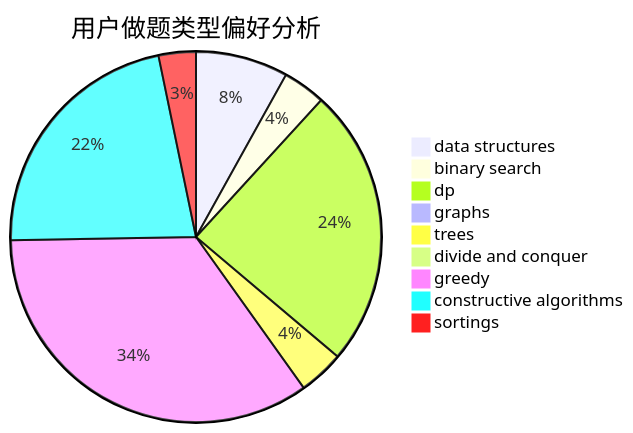
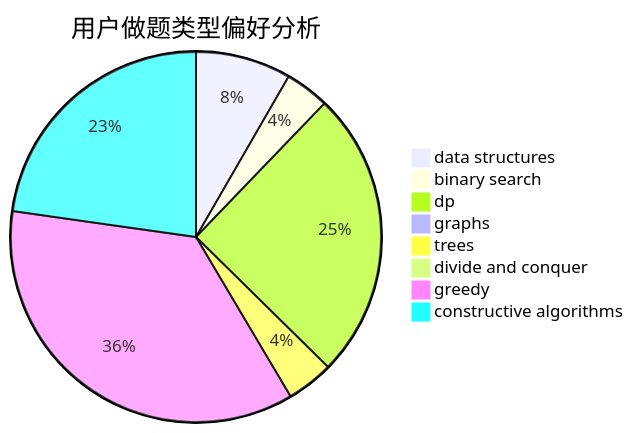
Before and after one commit to sherpahu/cfrs.github.io: the second of 3 diagrams in docs/user/u2573.md, drawn with Mermaid. The commit also changed other lines of this file and 2769 other files, not shown here.

````diff
--- a/docs/user/u2573.md
+++ b/docs/user/u2573.md
@@ -18,12 +18,11 @@
 ```mermaid
 pie title 用户做题类型偏好分析
     "data structures" :  134
     "binary search" :  62
     "dp" :  405
     "graphs" :  7
     "trees" :  66
     "divide and conquer" :  0
     "greedy" :  575
     "constructive algorithms" :  366
-    "sortings" :  54
 ```
````
